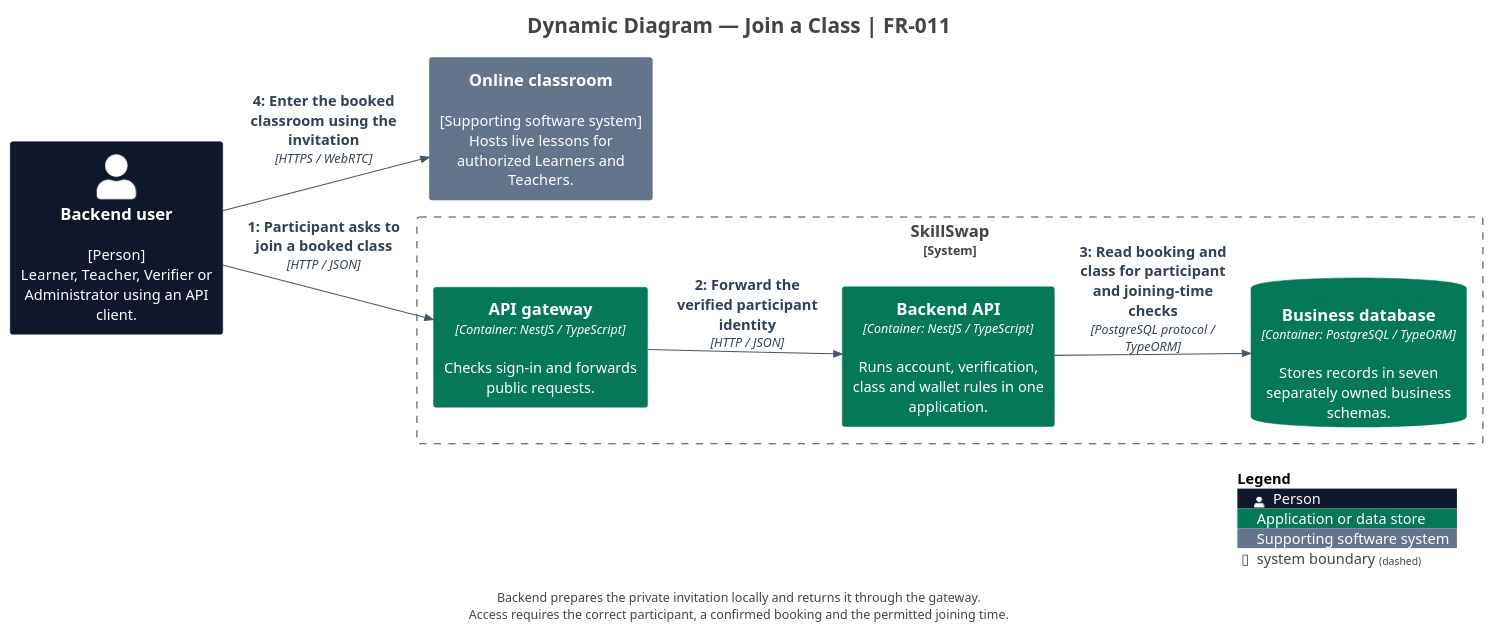
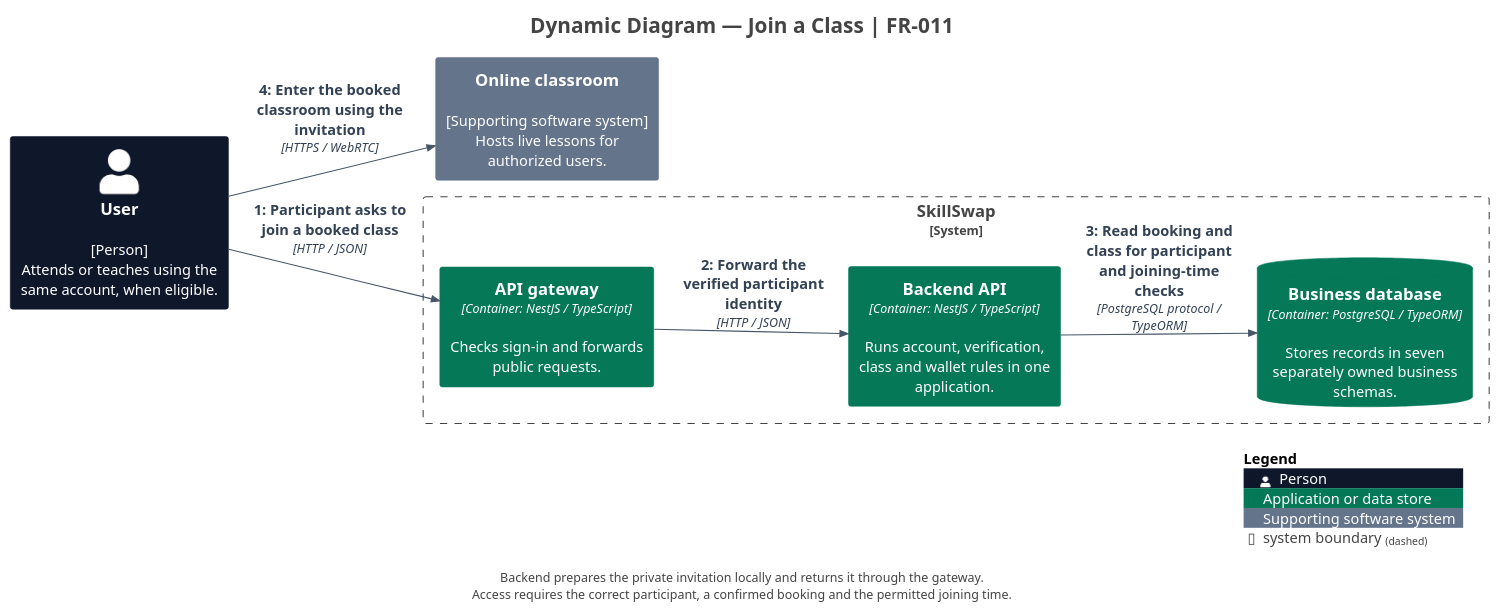
One commit to trankien022/SkillSwap changed the diagram in docs/diagrams/c4/source/structurizr-TeachingFlow.puml. Above: the diagram before and after it, drawn with PlantUML. The commit also changed 19 other files, not shown here.

First line of the commit message:
docs(diagrams): align C4 with account roles

```diff
--- a/docs/diagrams/c4/source/structurizr-TeachingFlow.puml
+++ b/docs/diagrams/c4/source/structurizr-TeachingFlow.puml
@@ -1,49 +1,49 @@
 @startuml
 title Dynamic Diagram — Join a Class | FR-011
 
 set separator none
 left to right direction
 
 <style>
   root {
     BackgroundColor: #ffffff
     FontColor: #444444
   }
 </style>
 
 !include <C4/C4>
 !include <C4/C4_Context>
 !include <C4/C4_Container>
 
 ' Presentation only: model elements and relationships come from workspace.dsl.
 skinparam defaultFontName Arial
 skinparam defaultFontSize 14
 skinparam shadowing false
 skinparam nodesep 35
 skinparam ranksep 45
 skinparam footerFontSize 12
 skinparam titleFontSize 20
 UpdateElementStyle("person", $bgColor="#0F172A", $fontColor="#FFFFFF", $borderColor="#0F172A", $legendText="Person")
 UpdateElementStyle("system", $bgColor="#047857", $fontColor="#FFFFFF", $borderColor="#047857", $legendText="Software system in scope")
 UpdateElementStyle("external_system", $bgColor="#64748B", $fontColor="#FFFFFF", $borderColor="#64748B", $legendText="Supporting software system")
 UpdateElementStyle("container", $bgColor="#047857", $fontColor="#FFFFFF", $borderColor="#047857", $legendText="Application or data store")
 UpdateRelStyle($lineColor="#475569", $textColor="#334155")
 AddElementTag("Demo", $bgColor="#F1F5F9", $fontColor="#0F172A", $borderColor="#64748B", $legendText="Demonstration client (local booking data)")
 
 System_Boundary("SkillSwap_boundary", "SkillSwap", $tags="") {
   Container(SkillSwap.APIgateway, "API gateway", $techn="Container: NestJS / TypeScript", $descr="Checks sign-in and forwards public requests.", $tags="", $link="")
   Container(SkillSwap.BackendAPI, "Backend API", $techn="Container: NestJS / TypeScript", $descr="Runs account, verification, class and wallet rules in one application.", $tags="", $link="")
   ContainerDb(SkillSwap.Businessdatabase, "Business database", $techn="Container: PostgreSQL / TypeORM", $descr="Stores records in seven separately owned business schemas.", $tags="", $link="")
 }
 
-Person(Backenduser, "Backend user", $descr="[Person]\nLearner, Teacher, Verifier or Administrator using an API client.", $tags="", $link="")
-System_Ext(Onlineclassroom, "Online classroom", $descr="[Supporting software system]\nHosts live lessons for authorized Learners and Teachers.", $tags="", $link="")
+Person(User, "User", $descr="[Person]\nAttends or teaches using the same account, when eligible.", $tags="", $link="")
+System_Ext(Onlineclassroom, "Online classroom", $descr="[Supporting software system]\nHosts live lessons for authorized users.", $tags="", $link="")
 
-Rel(Backenduser, SkillSwap.APIgateway, "1: Participant asks to join a booked class", $techn="HTTP / JSON", $tags="", $link="")
+Rel(User, SkillSwap.APIgateway, "1: Participant asks to join a booked class", $techn="HTTP / JSON", $tags="", $link="")
 Rel(SkillSwap.APIgateway, SkillSwap.BackendAPI, "2: Forward the verified participant identity", $techn="HTTP / JSON", $tags="", $link="")
 Rel(SkillSwap.BackendAPI, SkillSwap.Businessdatabase, "3: Read booking and class for participant and joining-time checks", $techn="PostgreSQL protocol / TypeORM", $tags="", $link="")
-Rel(Backenduser, Onlineclassroom, "4: Enter the booked classroom using the invitation", $techn="HTTPS / WebRTC", $tags="", $link="")
+Rel(User, Onlineclassroom, "4: Enter the booked classroom using the invitation", $techn="HTTPS / WebRTC", $tags="", $link="")
 
 SHOW_LEGEND()
 footer Backend prepares the private invitation locally and returns it through the gateway.\nAccess requires the correct participant, a confirmed booking and the permitted joining time.
 @enduml
```
